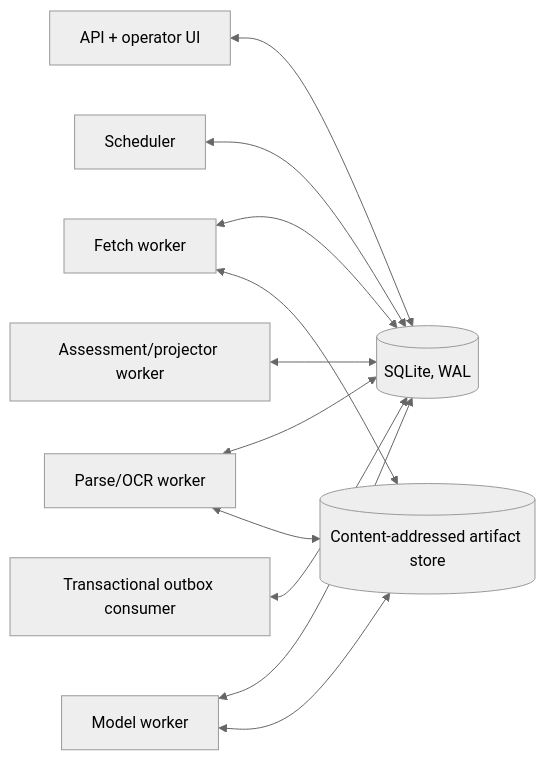
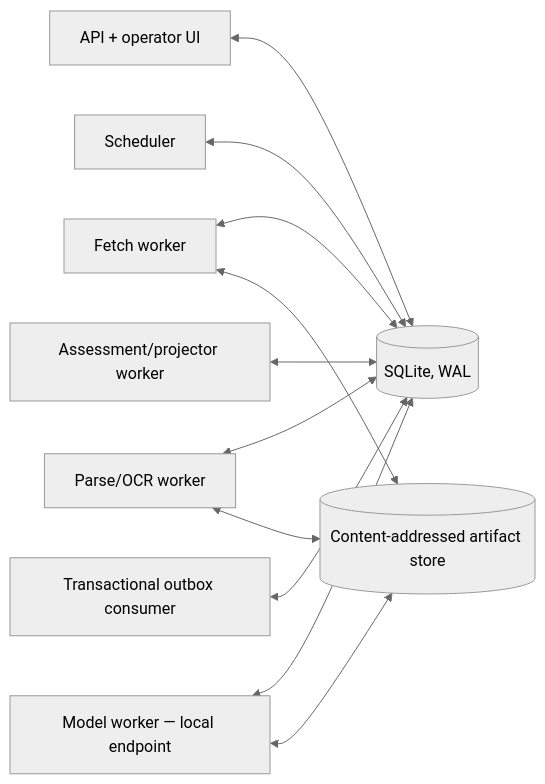
Before and after one commit to deanpreese/NewZ: the fourth of 4 diagrams in ARCHITECTURE.md, drawn with Mermaid (neutral theme). The commit also changed other lines of this file and 4 other files, not shown here.

````diff
--- a/ARCHITECTURE.md
+++ b/ARCHITECTURE.md
@@ -216,23 +227,23 @@
 ```mermaid
 flowchart LR
     API[API + operator UI]
     SCH[Scheduler]
     FW[Fetch worker]
     PW[Parse/OCR worker]
-    MW[Model worker]
+    MW[Model worker — local endpoint]
     AW[Assessment/projector worker]
     DB[(SQLite, WAL)]
     OS[(Content-addressed artifact store)]
     Q[Transactional outbox consumer]
 
     API <--> DB
     SCH <--> DB
     FW <--> DB
     FW <--> OS
     PW <--> DB
     PW <--> OS
     MW <--> DB
     MW <--> OS
     AW <--> DB
     Q <--> DB
 ```
````
